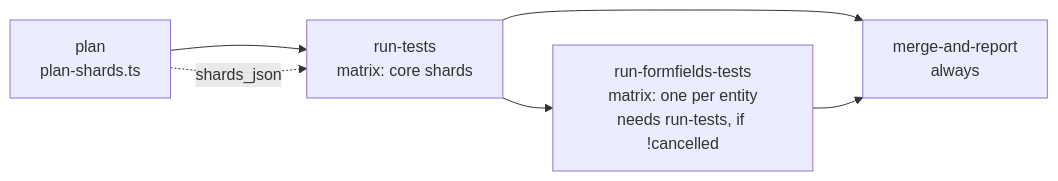
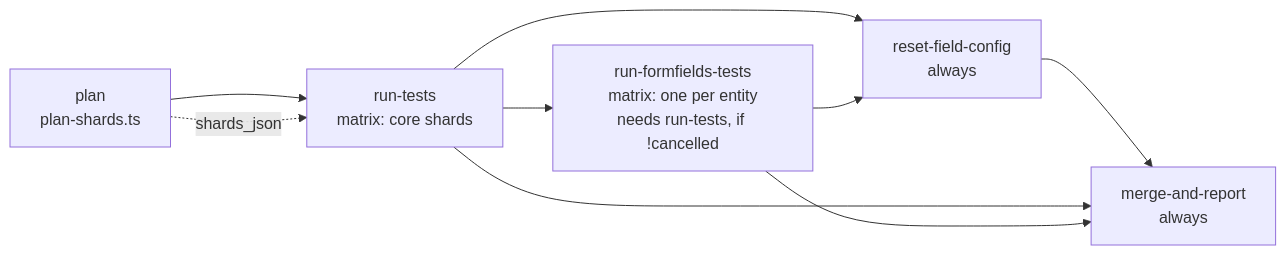
Before and after one commit to akashrn1801/kylas-playwright-framework: the fifth of 5 diagrams in docs/ARCHITECTURE.md, drawn with Mermaid. The commit also changed other lines of this file and 24 other files, not shown here.

````diff
--- a/docs/ARCHITECTURE.md
+++ b/docs/ARCHITECTURE.md
@@ -220,8 +220,11 @@
 ```mermaid
 flowchart LR
   P[plan<br/>plan-shards.ts] --> RT[run-tests<br/>matrix: core shards]
   RT --> FF[run-formfields-tests<br/>matrix: one per entity<br/>needs run-tests, if !cancelled]
-  RT --> MR[merge-and-report<br/>always]
+  RT --> RF[reset-field-config<br/>always]
+  FF --> RF
+  RF --> MR[merge-and-report<br/>always]
+  RT --> MR
   FF --> MR
   P -. shards_json .-> RT
 ```
````
